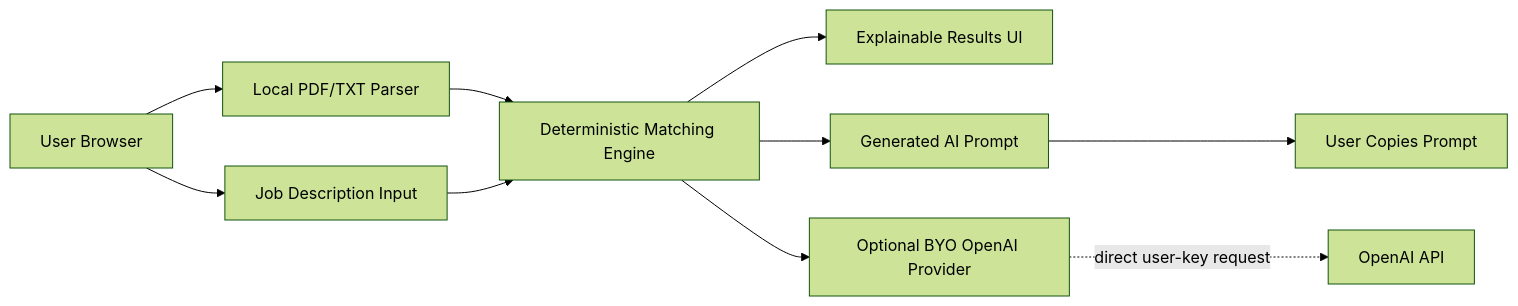
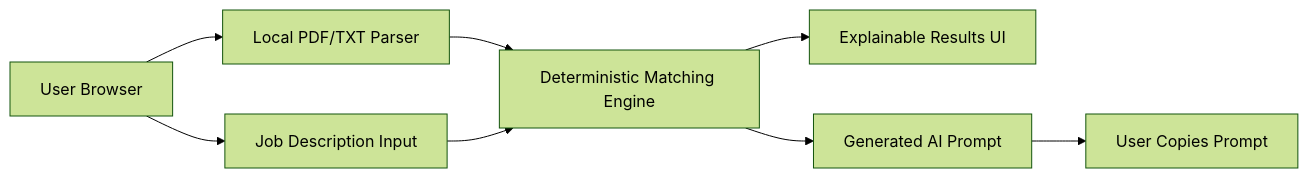
The diagram in README.md (RobBundy2002/ResumeGPT), drawn with Mermaid (forest theme) before and after one commit. The commit also changed other lines of this file and 8 other files, not shown here.

````diff
--- a/README.md
+++ b/README.md
@@ -33,12 +33,10 @@
 ```mermaid
 flowchart LR
   User[User Browser] --> Parser[Local PDF/TXT Parser]
   User --> JD[Job Description Input]
   Parser --> Matcher[Deterministic Matching Engine]
   JD --> Matcher
   Matcher --> Results[Explainable Results UI]
   Matcher --> Prompt[Generated AI Prompt]
   Prompt --> Copy[User Copies Prompt]
-  Matcher --> BYO[Optional BYO OpenAI Provider]
-  BYO -. direct user-key request .-> OpenAI[OpenAI API]
 ```
````
